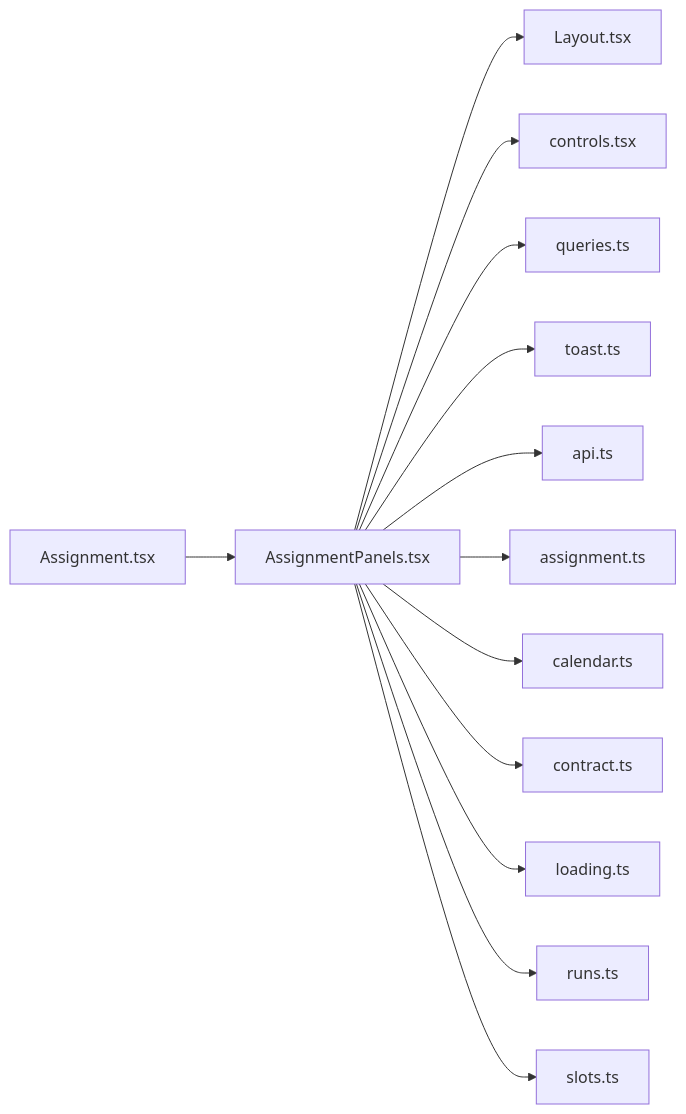
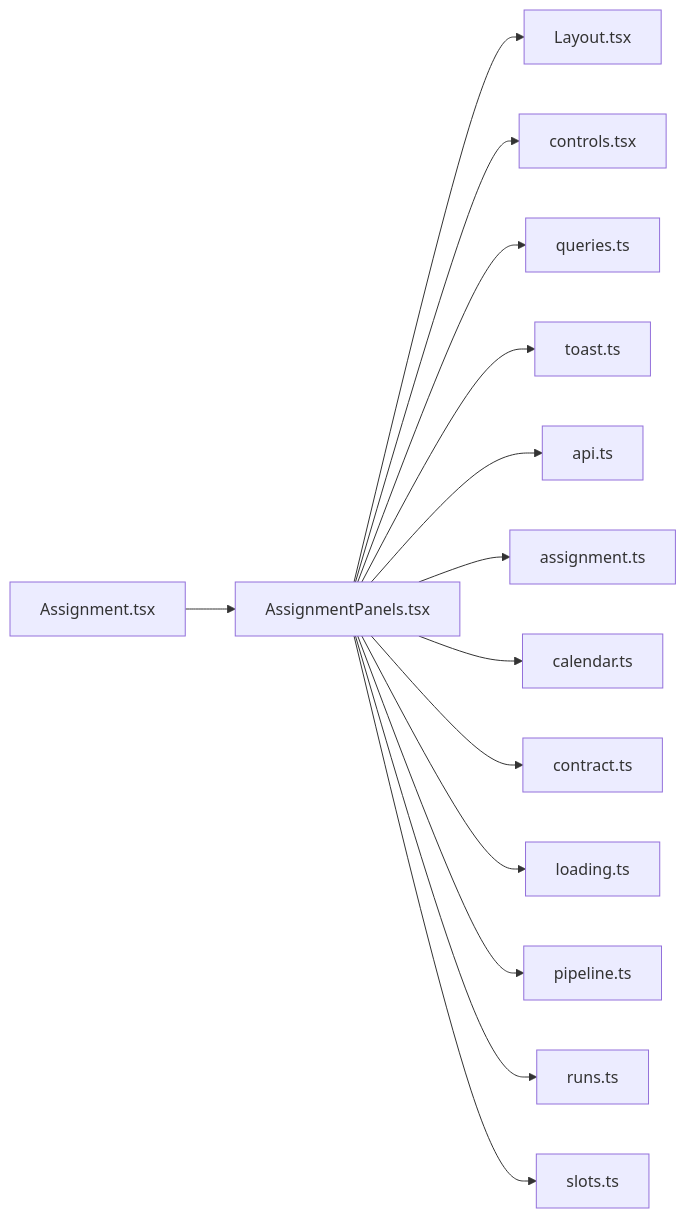
One commit to minkong-dev/Banblit changed the diagram in .cluedoc/graph/frontend/src/routes/AssignmentPanels.md. Above: the diagram before and after it, drawn with Mermaid. The commit also changed other lines of this file and 5 other files, not shown here.

````diff
--- a/.cluedoc/graph/frontend/src/routes/AssignmentPanels.md
+++ b/.cluedoc/graph/frontend/src/routes/AssignmentPanels.md
@@ -10,16 +10,17 @@
 ```mermaid
 flowchart LR
   frontend_src_routes_AssignmentPanels["AssignmentPanels.tsx"]
   frontend_src_routes_AssignmentPanels --> frontend_src_components_Layout["Layout.tsx"]
   frontend_src_routes_AssignmentPanels --> frontend_src_components_controls["controls.tsx"]
   frontend_src_routes_AssignmentPanels --> frontend_src_components_queries["queries.ts"]
   frontend_src_routes_AssignmentPanels --> frontend_src_components_toast["toast.ts"]
   frontend_src_routes_AssignmentPanels --> frontend_src_lib_api["api.ts"]
   frontend_src_routes_AssignmentPanels --> frontend_src_lib_assignment["assignment.ts"]
   frontend_src_routes_AssignmentPanels --> frontend_src_lib_calendar["calendar.ts"]
   frontend_src_routes_AssignmentPanels --> frontend_src_lib_contract["contract.ts"]
   frontend_src_routes_AssignmentPanels --> frontend_src_lib_loading["loading.ts"]
+  frontend_src_routes_AssignmentPanels --> frontend_src_lib_pipeline["pipeline.ts"]
   frontend_src_routes_AssignmentPanels --> frontend_src_lib_runs["runs.ts"]
   frontend_src_routes_AssignmentPanels --> frontend_src_lib_slots["slots.ts"]
   frontend_src_routes_Assignment["Assignment.tsx"] --> frontend_src_routes_AssignmentPanels
 ```
````
